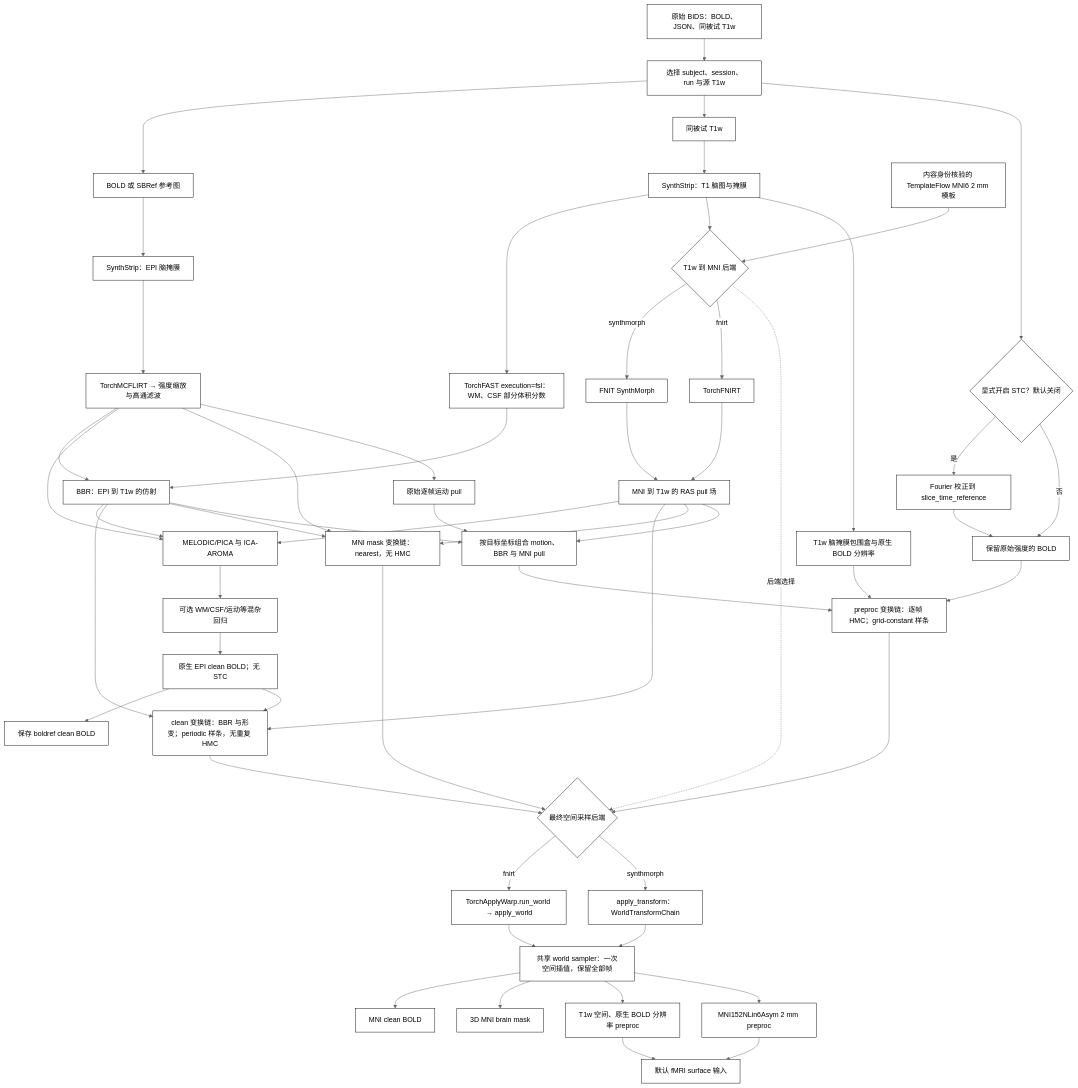
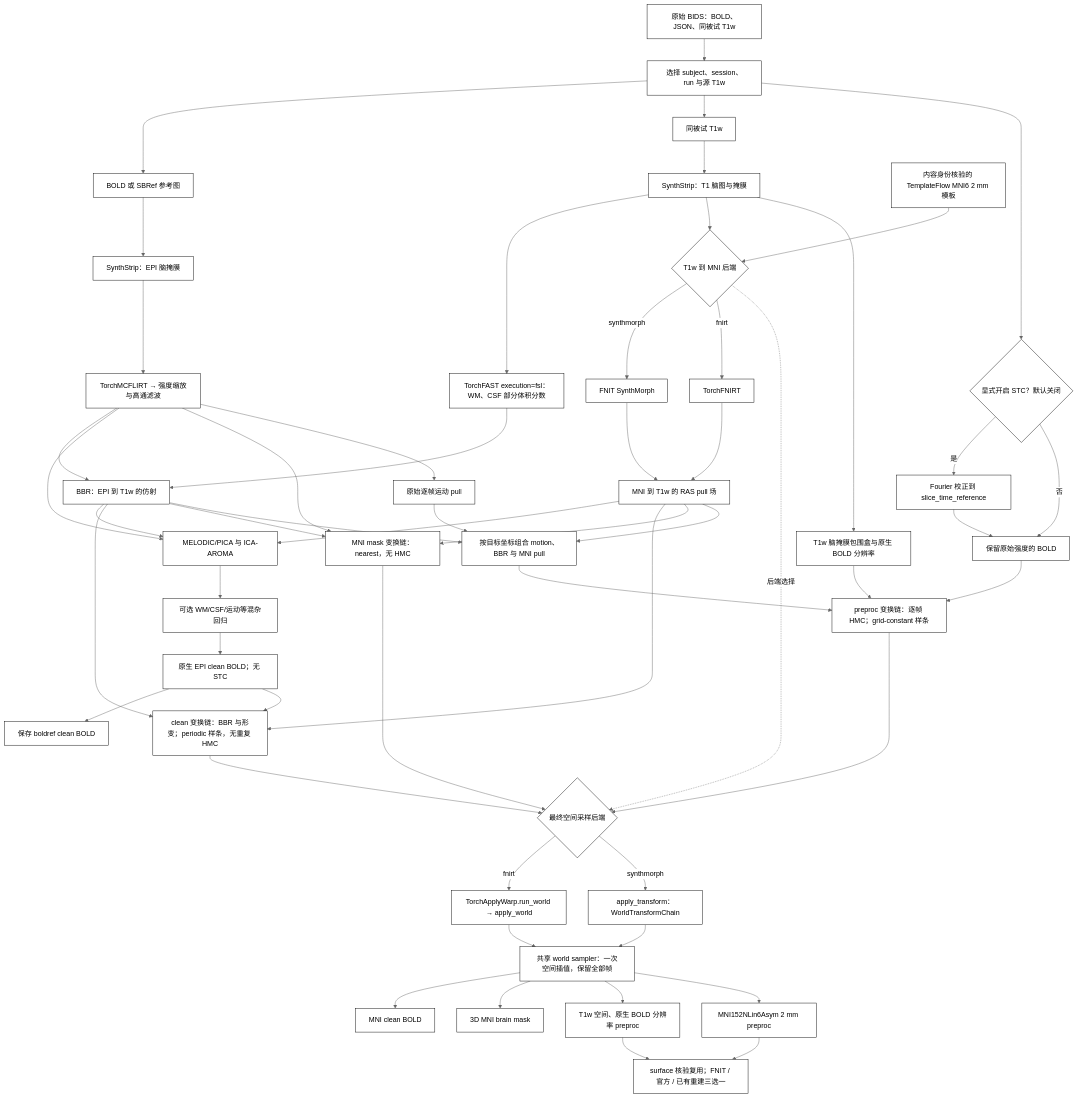
Before and after one commit to weikanggong1/Fudan-Neuroimaging-toolkit: the diagram in docs/fmri/README.md, drawn with Mermaid (neutral theme). The commit also changed other lines of this file and 565 other files, not shown here.

````diff
--- a/docs/fmri/README.md
+++ b/docs/fmri/README.md
@@ -13,50 +17,50 @@
 ```mermaid
 flowchart TD
     BIDS["原始 BIDS：BOLD、JSON、同被试 T1w"] --> SEL["选择 subject、session、run 与源 T1w"]
     SEL --> EPI["BOLD 或 SBRef 参考图"]
     SEL --> T1["同被试 T1w"]
     EPI --> MASK["SynthStrip：EPI 脑掩膜"] --> FEAT["TorchMCFLIRT → 强度缩放与高通滤波"]
     T1 --> BRAIN["SynthStrip：T1 脑图与掩膜"] --> FAST["TorchFAST execution=fsl：WM、CSF 部分体积分数"]
     FEAT --> BBR["BBR：EPI 到 T1w 的仿射"]
     FAST --> BBR
     BRAIN --> REG{"T1w 到 MNI 后端"}
     TEMPLATE["内容身份核验的 TemplateFlow MNI6 2 mm 模板"] --> REG
     REG -- synthmorph --> SM["FNIT SynthMorph"] --> XFM["MNI 到 T1w 的 RAS pull 场"]
     REG -- fnirt --> FN["TorchFNIRT"] --> XFM
     FEAT --> ICA["MELODIC/PICA 与 ICA-AROMA"]
     BBR --> ICA
     XFM --> ICA
     ICA --> CONF["可选 WM/CSF/运动等混杂回归"]
     CONF --> CLEAN["原生 EPI clean BOLD；无 STC"]
     CLEAN --> CNATIVE["保存 boldref clean BOLD"]
     CLEAN --> CMNI["clean 变换链：BBR 与形变；periodic 样条，无重复 HMC"]
     XFM --> CMNI
     BBR --> CMNI
     CMNI --> FINAL{"最终空间采样后端"}
     FEAT --> MASKCHAIN["MNI mask 变换链：nearest，无 HMC"] --> FINAL
     XFM --> MASKCHAIN
     BBR --> MASKCHAIN
     SEL --> STC{"显式开启 STC？默认关闭"}
     STC -- 是 --> FOURIER["Fourier 校正到 slice_time_reference"] --> MINIMAL["保留原始强度的 BOLD"]
     STC -- 否 --> MINIMAL
     FEAT --> MOTION["原始逐帧运动 pull"]
     MOTION --> COMPOSE["按目标坐标组合 motion、BBR 与 MNI pull"]
     BBR --> COMPOSE
     XFM --> COMPOSE
     COMPOSE --> SINGLE["preproc 变换链：逐帧 HMC；grid-constant 样条"]
     MINIMAL --> SINGLE
     SINGLE --> FINAL
     REG -. 后端选择 .-> FINAL
     FINAL -- fnirt --> AW["TorchApplyWarp.run_world → apply_world"]
     FINAL -- synthmorph --> SA["apply_transform：WorldTransformChain"]
     AW --> SHARED["共享 world sampler：一次空间插值，保留全部帧"]
     SA --> SHARED
     SHARED --> COUT["MNI clean BOLD"]
     SHARED --> MOUT["3D MNI brain mask"]
     SHARED --> PT1["T1w 空间、原生 BOLD 分辨率 preproc"]
     SHARED --> PMNI["MNI152NLin6Asym 2 mm preproc"]
     BRAIN --> REF["T1w 脑掩膜包围盒与原生 BOLD 分辨率"] --> SINGLE
-    PT1 --> SURF["默认 fMRI surface 输入"]
+    PT1 --> SURF["surface 核验复用；FNIT / 官方 / 已有重建三选一"]
     PMNI --> SURF
     classDef default fill:#ffffff,stroke:#000000,color:#000000;
 ```
````
